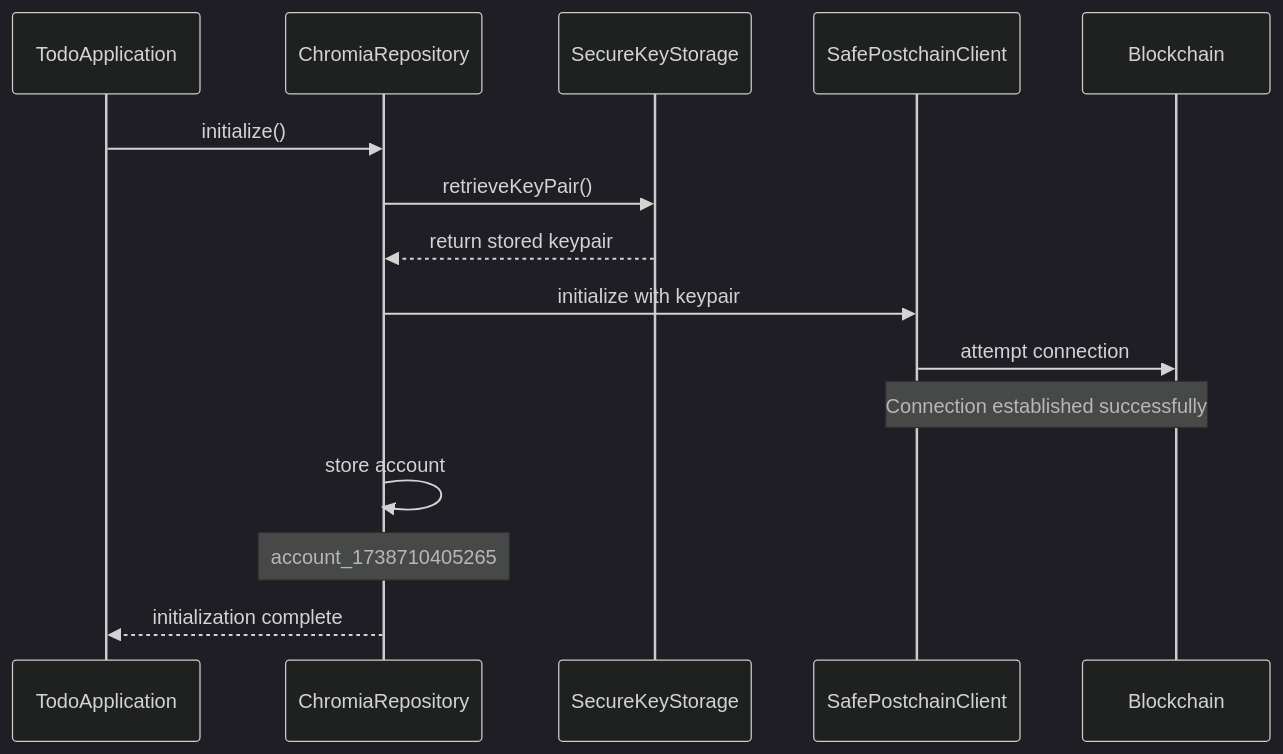
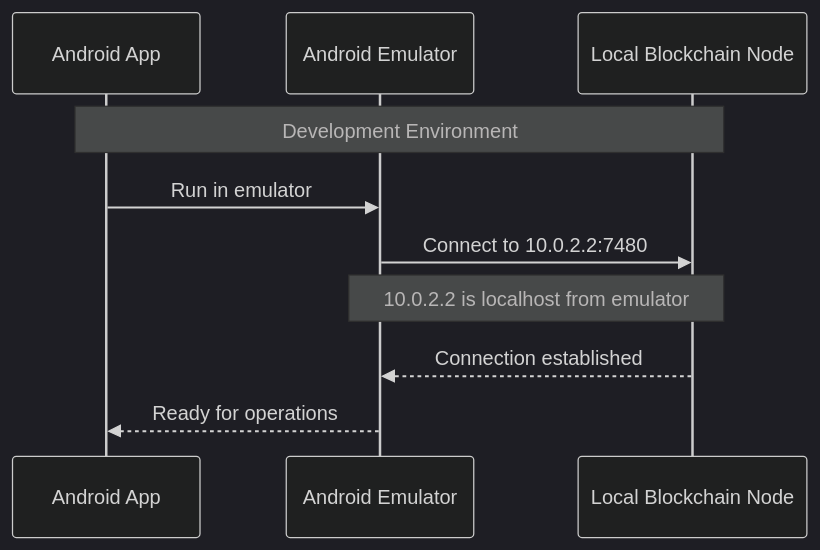
One commit to filiksyos/androidtodo changed the first of 3 diagrams in work.md. Above: the diagram before and after it, drawn with Mermaid (dark theme). The commit also changed other lines of this file and 2 other files, not shown here.

````diff
--- a/work.md
+++ b/work.md
@@ -48,19 +10,13 @@
 ```mermaid
 sequenceDiagram
-    participant App as TodoApplication
-    participant Rep as ChromiaRepository
-    participant KS as SecureKeyStorage
-    participant SPC as SafePostchainClient
-    participant BC as Blockchain
-
-    App->>Rep: initialize()
-    Rep->>KS: retrieveKeyPair()
-    KS-->>Rep: return stored keypair
-    Rep->>SPC: initialize with keypair
-    SPC->>BC: attempt connection
-    Note over SPC,BC: Connection established successfully
-
-    Rep->>Rep: store account
-    Note over Rep: account_1738710405265
-    Rep-->>App: initialization complete
+    participant App as Android App
+    participant Emu as Android Emulator
+    participant Node as Local Blockchain Node
+    
+    Note over App,Node: Development Environment
+    App->>Emu: Run in emulator
+    Emu->>Node: Connect to 10.0.2.2:7480
+    Note over Emu,Node: 10.0.2.2 is localhost from emulator
+    Node-->>Emu: Connection established
+    Emu-->>App: Ready for operations
 ```
````
